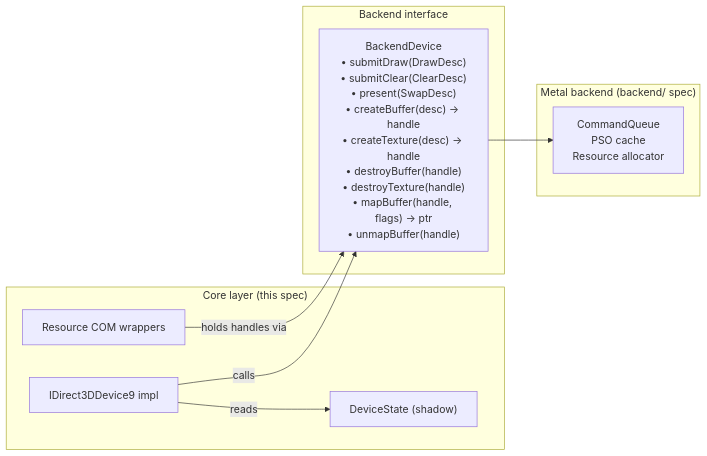
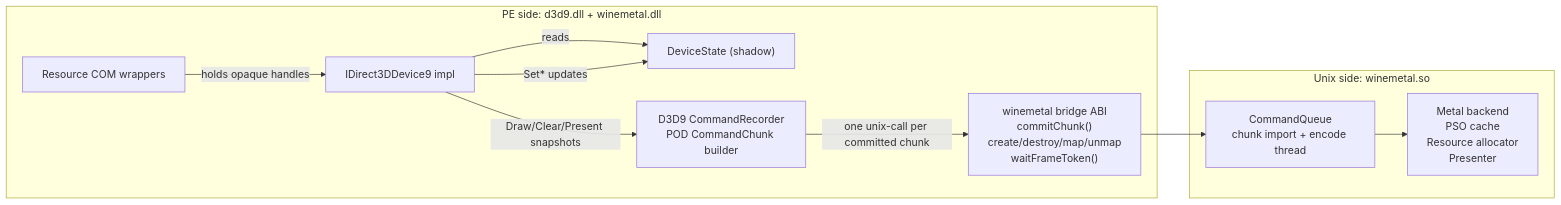
Before and after one commit to dfdgsdfg/dxmt9: the second of 7 diagrams in specs/core/design.md, drawn with Mermaid. The commit also changed other lines of this file and 15 other files, not shown here.

````diff
--- a/specs/core/design.md
+++ b/specs/core/design.md
@@ -124,21 +131,23 @@
 ```mermaid
 graph LR
-    subgraph Core["Core layer (this spec)"]
+    subgraph PE["PE side: d3d9.dll + winemetal.dll"]
         DEV["IDirect3DDevice9 impl"]
         STATE["DeviceState (shadow)"]
         RES["Resource COM wrappers"]
+        REC["D3D9 CommandRecorder\nPOD CommandChunk builder"]
+        BRIDGE["winemetal bridge ABI\ncommitChunk()\ncreate/destroy/map/unmap\nwaitFrameToken()"]
     end
 
-    subgraph IFace["Backend interface"]
-        CMD["BackendDevice\n• submitDraw(DrawDesc)\n• submitClear(ClearDesc)\n• present(SwapDesc)\n• createBuffer(desc) → handle\n• createTexture(desc) → handle\n• destroyBuffer(handle)\n• destroyTexture(handle)\n• mapBuffer(handle, flags) → ptr\n• unmapBuffer(handle)"]
-    end
-
-    subgraph Backend["Metal backend (backend/ spec)"]
-        MTL["CommandQueue\nPSO cache\nResource allocator"]
+    subgraph Unix["Unix side: winemetal.so"]
+        CQ["CommandQueue\nchunk import + encode thread"]
+        MTL["Metal backend\nPSO cache\nResource allocator\nPresenter"]
     end
 
     DEV -->|reads| STATE
-    DEV -->|calls| CMD
-    RES -->|holds handles via| CMD
-    CMD --> MTL
+    DEV -->|Set* updates| STATE
+    DEV -->|Draw/Clear/Present snapshots| REC
+    RES -->|holds opaque handles| DEV
+    REC -->|one unix-call per committed chunk| BRIDGE
+    BRIDGE --> CQ
+    CQ --> MTL
 ```
````
